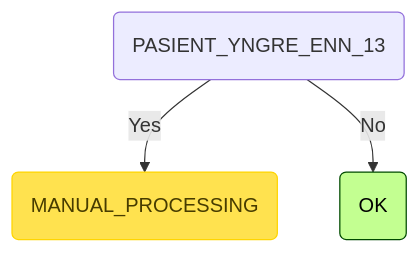
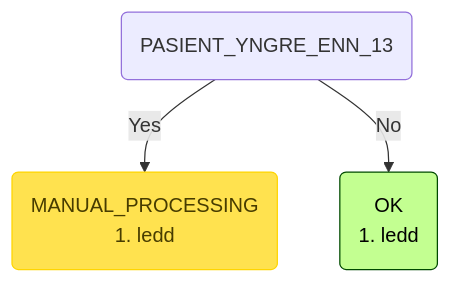
The sixth of 8 diagrams in README.md (navikt/syfosmpapirregler), drawn with Mermaid before and after one commit. The commit also changed other lines of this file and 42 other files, not shown here.

````diff
--- a/README.md
+++ b/README.md
@@ -207,8 +208,9 @@
 ```mermaid
 graph TD
-    root(PASIENT_YNGRE_ENN_13) -->|Yes| root_PASIENT_YNGRE_ENN_13_MANUAL_PROCESSING(MANUAL_PROCESSING):::manuell
-    root(PASIENT_YNGRE_ENN_13) -->|No| root_PASIENT_YNGRE_ENN_13_OK(OK):::ok
+    root(PASIENT_YNGRE_ENN_13) -->|Yes| root_PASIENT_YNGRE_ENN_13_MANUAL_PROCESSING(MANUAL_PROCESSING
+1. ledd):::manuell
+    root(PASIENT_YNGRE_ENN_13) -->|No| root_PASIENT_YNGRE_ENN_13_OK(OK <br/>1. ledd):::ok
     classDef ok fill:#c3ff91,stroke:#004a00,color: black;
     classDef invalid fill:#ff7373,stroke:#ff0000,color: black;
     classDef manuell fill:#ffe24f,stroke:#ffd500,color: #473c00;
 ```
````
